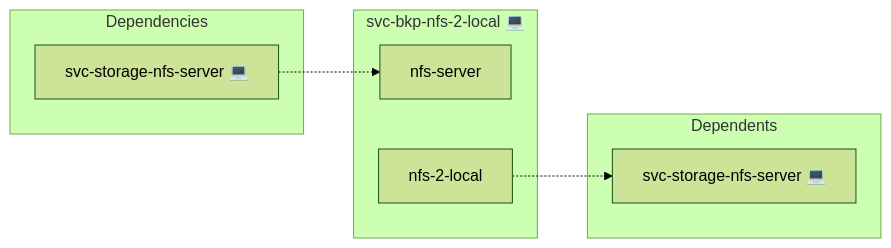
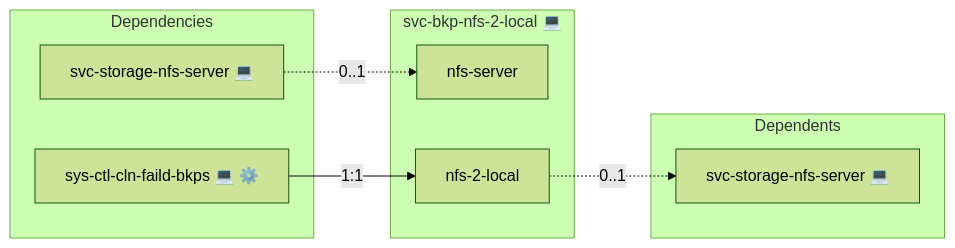
The first of 2 diagrams in roles/svc-bkp-nfs-2-local/README.md (AlejandroRomanIbanez/infinito-nexus), drawn with Mermaid (forest theme) before and after one commit. The commit also changed other lines of this file and 4 other files, not shown here.

First line of the commit message:
docs(svc-bkp): regenerate READMEs with current cosmos diagrams

````diff
--- a/roles/svc-bkp-nfs-2-local/README.md
+++ b/roles/svc-bkp-nfs-2-local/README.md
@@ -18,15 +18,17 @@
 ```mermaid
 flowchart LR
     subgraph deps [Dependencies]
         dep_svc_storage_nfs_server["svc-storage-nfs-server 💻"]
+        dep_sys_ctl_cln_faild_bkps["sys-ctl-cln-faild-bkps 💻 ⚙️"]
     end
     subgraph role [svc-bkp-nfs-2-local 💻]
         svc_nfs_server["nfs-server"]
         svc_nfs_2_local["nfs-2-local"]
     end
     subgraph dependents [Dependents]
         dpt_svc_storage_nfs_server["svc-storage-nfs-server 💻"]
     end
-    dep_svc_storage_nfs_server -.-> svc_nfs_server
-    svc_nfs_2_local -.-> dpt_svc_storage_nfs_server
+    dep_svc_storage_nfs_server -. "0..1" .-> svc_nfs_server
+    dep_sys_ctl_cln_faild_bkps -- "1:1" --> svc_nfs_2_local
+    svc_nfs_2_local -. "0..1" .-> dpt_svc_storage_nfs_server
 ```
````
